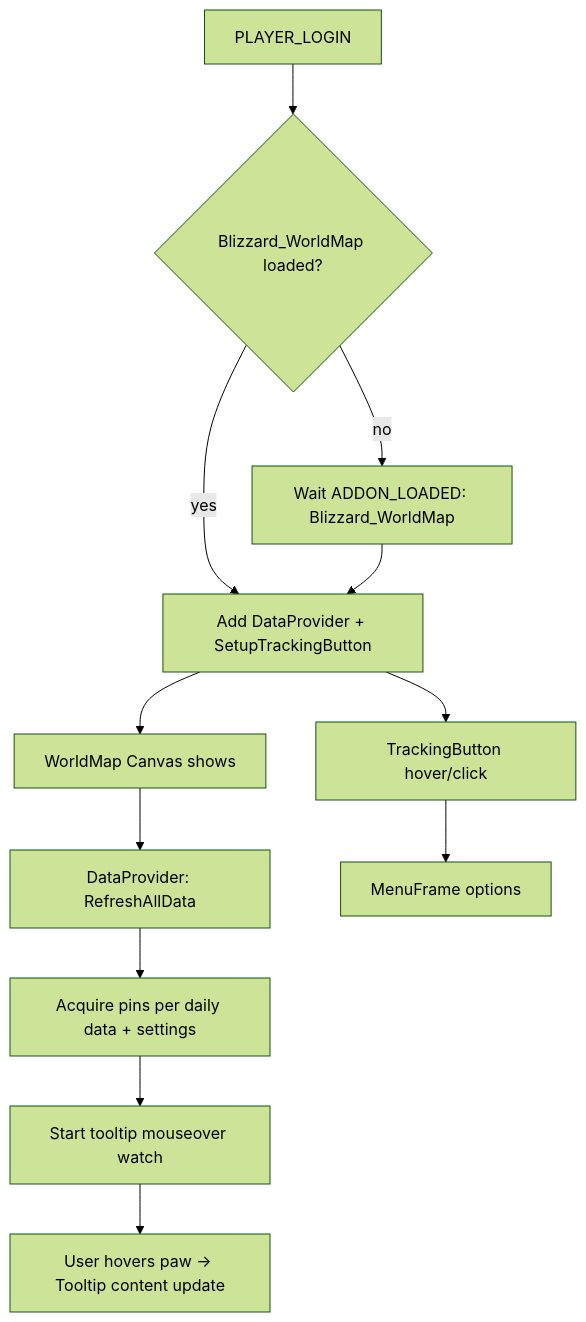
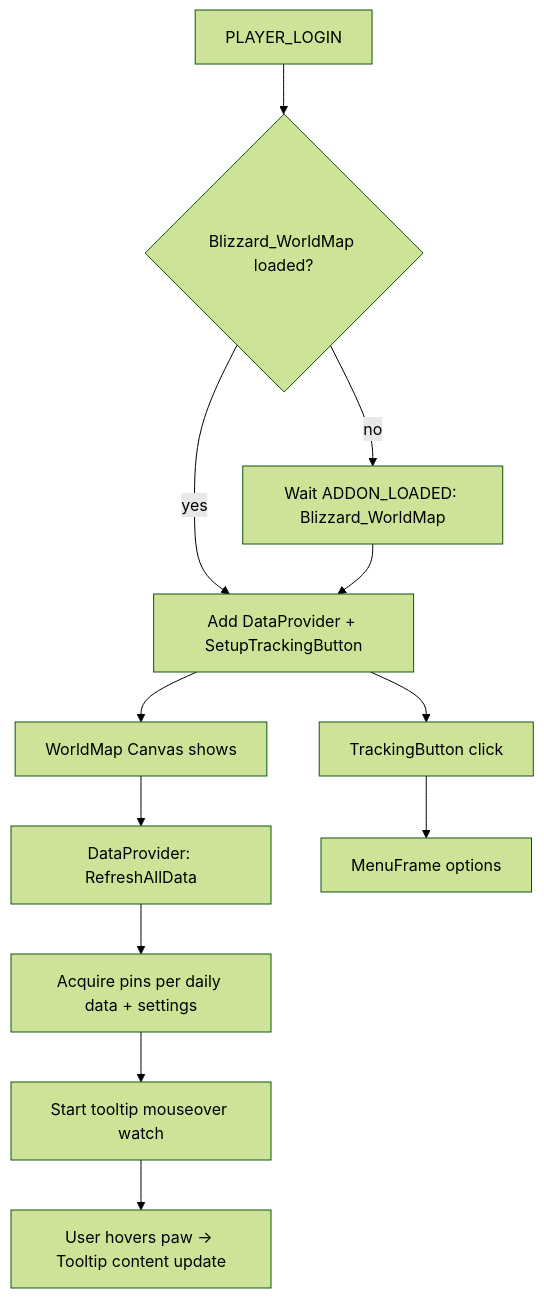
Before and after one commit to nidjo-was-taken/battle-pet-tamers: the diagram in readme.md, drawn with Mermaid (forest theme). The commit also changed other lines of this file and 1 other file, not shown here.

````diff
--- a/readme.md
+++ b/readme.md
@@ -34,12 +34,12 @@
 ```mermaid
 flowchart TD
     A[PLAYER_LOGIN] --> B{Blizzard_WorldMap loaded?}
     B -- yes --> C[Add DataProvider + SetupTrackingButton]
     B -- no --> D[Wait ADDON_LOADED: Blizzard_WorldMap] --> C
     C --> E[WorldMap Canvas shows]
     E --> F[DataProvider: RefreshAllData]
     F --> G[Acquire pins per daily data + settings]
     G --> H[Start tooltip mouseover watch]
     H --> I[User hovers paw -> Tooltip content update]
-    C --> J[TrackingButton hover/click] --> K[MenuFrame options]
+    C --> J[TrackingButton click] --> K[MenuFrame options]
 ```
````
